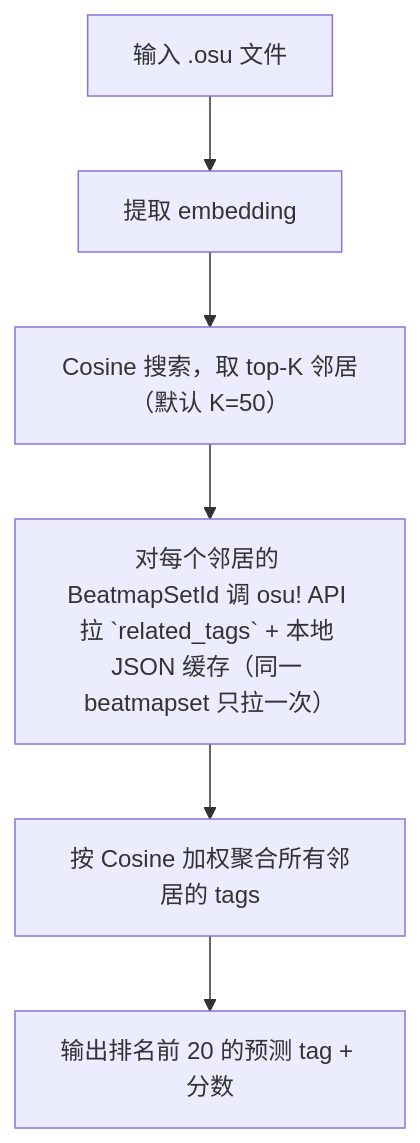
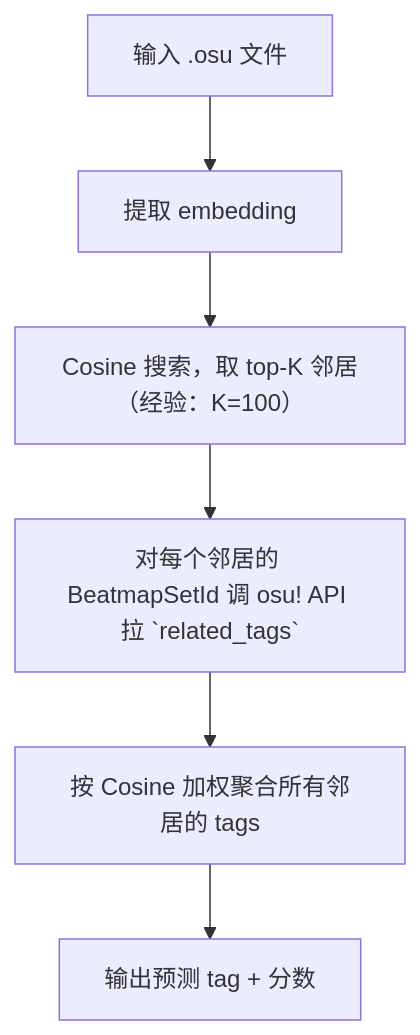
One commit to Ks4four/tosu-obs-overlay changed the first of 2 diagrams in README.md. Above: the diagram before and after it, drawn with Mermaid. The commit also changed other lines of this file, not shown here.

Commit message:
更新经验

````diff
--- a/README.md
+++ b/README.md
@@ -236,8 +237,8 @@
 ```mermaid
 flowchart TD
     A["输入 .osu 文件"] --> B["提取 embedding"]
-    B --> C["Cosine 搜索，取 top-K 邻居（默认 K=50）"]
-    C --> D["对每个邻居的 BeatmapSetId 调 osu! API 拉 `related_tags` + 本地 JSON 缓存（同一 beatmapset 只拉一次）"]
+    B --> C["Cosine 搜索，取 top-K 邻居（经验：K=100）"]
+    C --> D["对每个邻居的 BeatmapSetId 调 osu! API 拉 `related_tags`"]
     D --> E["按 Cosine 加权聚合所有邻居的 tags"]
-    E --> F["输出排名前 20 的预测 tag + 分数"]
+    E --> F["输出预测 tag + 分数"]
 ```
````
